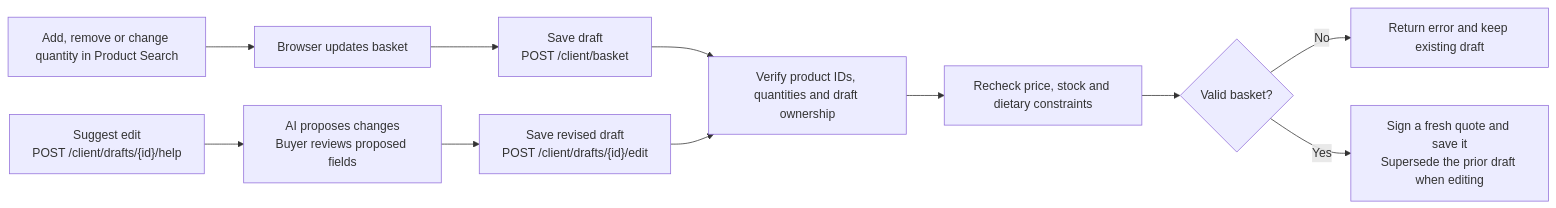
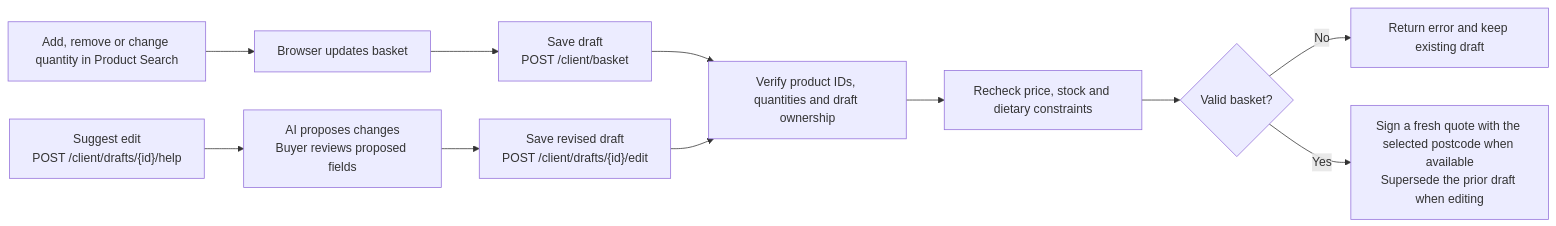
One commit to shaxhub/jnctn26 changed the diagram in docs/backend-pipeline/basket-and-draft.md. Above: the diagram before and after it, drawn with Mermaid. The commit also changed 13 other files, not shown here.

````diff
--- a/docs/backend-pipeline/basket-and-draft.md
+++ b/docs/backend-pipeline/basket-and-draft.md
@@ -3,13 +3,13 @@
 ```mermaid
 flowchart LR
     A["Add, remove or change quantity in Product Search"] --> B["Browser updates basket"]
     B --> C["Save draft<br/>POST /client/basket"]
     D["Suggest edit<br/>POST /client/drafts/{id}/help"] --> E["AI proposes changes<br/>Buyer reviews proposed fields"]
     E --> F["Save revised draft<br/>POST /client/drafts/{id}/edit"]
     C --> G["Verify product IDs, quantities and draft ownership"]
     F --> G
     G --> H["Recheck price, stock and dietary constraints"]
     H --> I{"Valid basket?"}
     I -->|No| J["Return error and keep existing draft"]
-    I -->|Yes| K["Sign a fresh quote and save it<br/>Supersede the prior draft when editing"]
+    I -->|Yes| K["Sign a fresh quote with the selected postcode when available<br/>Supersede the prior draft when editing"]
 ```
````
